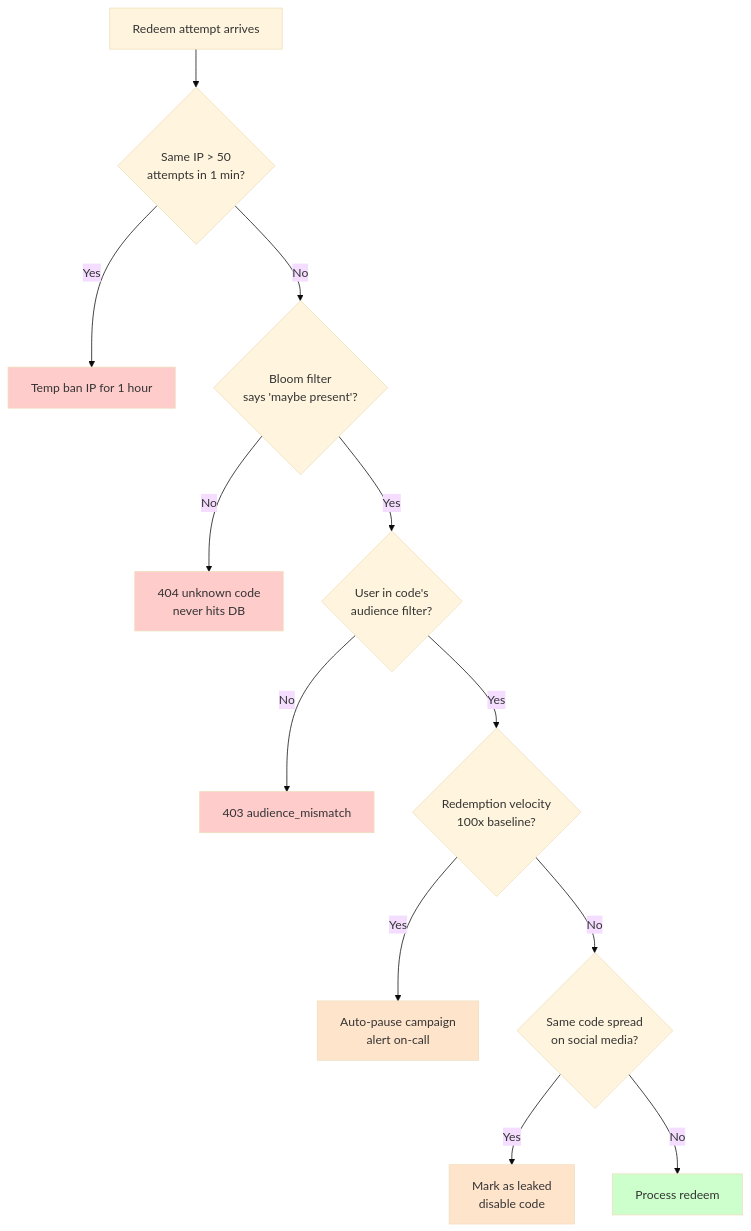
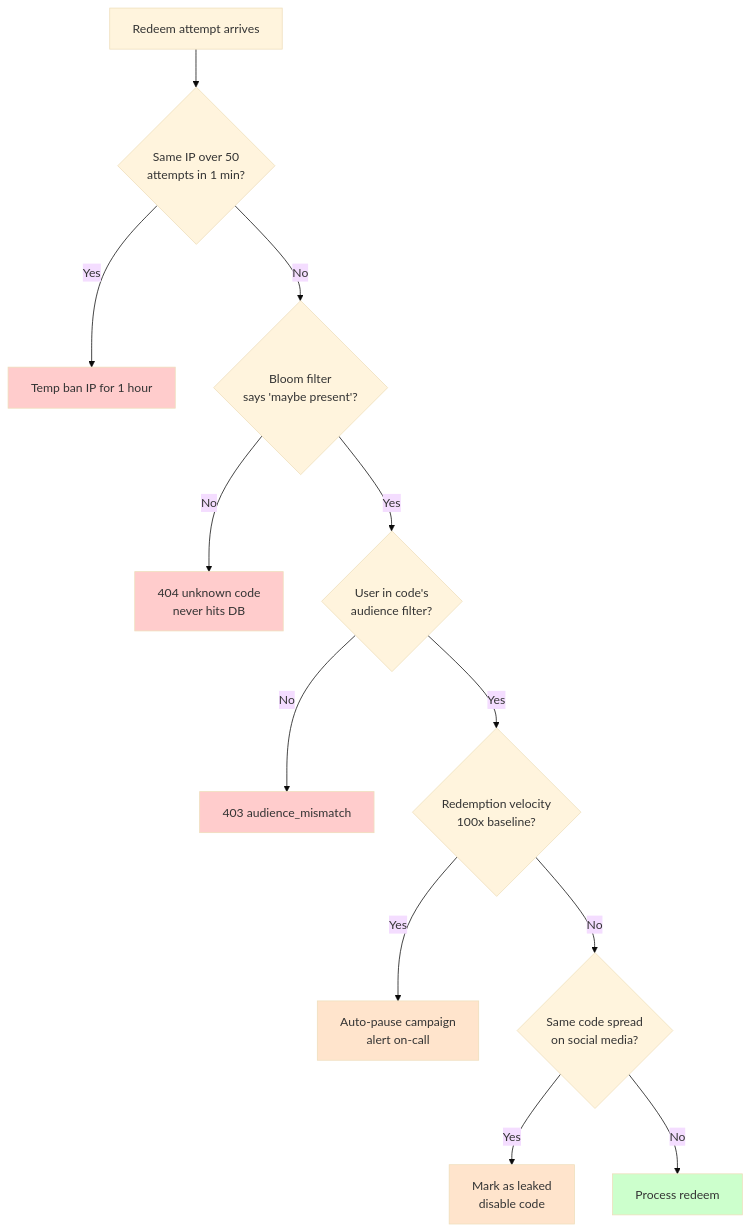
Before and after one commit to shiningflash/shiningflash.github.io: the third of 3 diagrams in _practice/system-design/014-coupon-redemption.md, drawn with Mermaid (base theme). The commit also changed 6 other files, not shown here.

````diff
--- a/_practice/system-design/014-coupon-redemption.md
+++ b/_practice/system-design/014-coupon-redemption.md
@@ -427,21 +427,21 @@
 ```mermaid
 flowchart TD
-    Start[Redeem attempt arrives] --> A{Same IP > 50<br/>attempts in 1 min?}
+    Start[Redeem attempt arrives] --> A{Same IP over 50<br/>attempts in 1 min?}
     A -->|Yes| Ban1[Temp ban IP for 1 hour]
     A -->|No| B{Bloom filter<br/>says 'maybe present'?}
     B -->|No| Reject1[404 unknown code<br/>never hits DB]
     B -->|Yes| C{User in code's<br/>audience filter?}
     C -->|No| Reject2[403 audience_mismatch]
     C -->|Yes| D{Redemption velocity<br/>100x baseline?}
     D -->|Yes| Pause[Auto-pause campaign<br/>alert on-call]
     D -->|No| E{Same code spread<br/>on social media?}
     E -->|Yes| Leaked[Mark as leaked<br/>disable code]
     E -->|No| Allow[Process redeem]
 
     style Ban1 fill:#ffcccc
     style Reject1 fill:#ffcccc
     style Reject2 fill:#ffcccc
     style Pause fill:#ffe4cc
     style Leaked fill:#ffe4cc
     style Allow fill:#ccffcc
 ```
````
